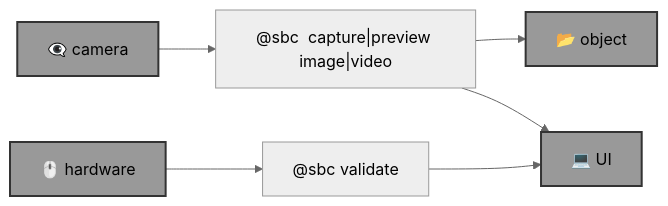
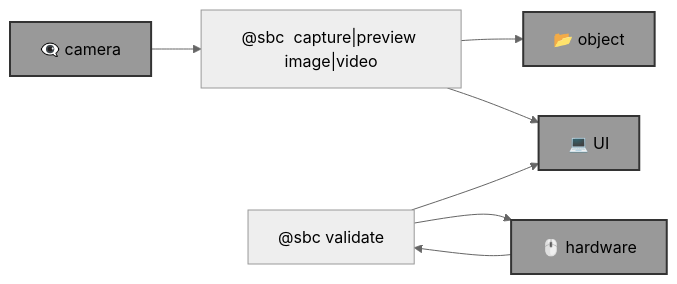
One commit to kamangir/eye changed the diagram in template.md. Above: the diagram before and after it, drawn with Mermaid (neutral theme). The commit also changed 2 other files, not shown here.

Commit message:
++ - kamangir/bolt#746

````diff
--- a/template.md
+++ b/template.md
@@ -11,20 +11,21 @@
 ```mermaid
 graph LR
     camera["@sbc <camera> capture|preview image|video"]
 
     hardware_validate["@sbc <hardware> validate <options>"]
 
     object["📂 object"]:::folder
     camera_hardware["👁️‍🗨️ camera"]:::folder
     hardware["🖱️ hardware"]:::folder
     UI["💻 UI"]:::folder
 
     camera_hardware --> camera
     camera --> object
     camera --> UI
 
     hardware --> hardware_validate
+    hardware_validate --> hardware
     hardware_validate --> UI
 
     classDef folder fill:#999,stroke:#333,stroke-width:2px;
 ```
````
